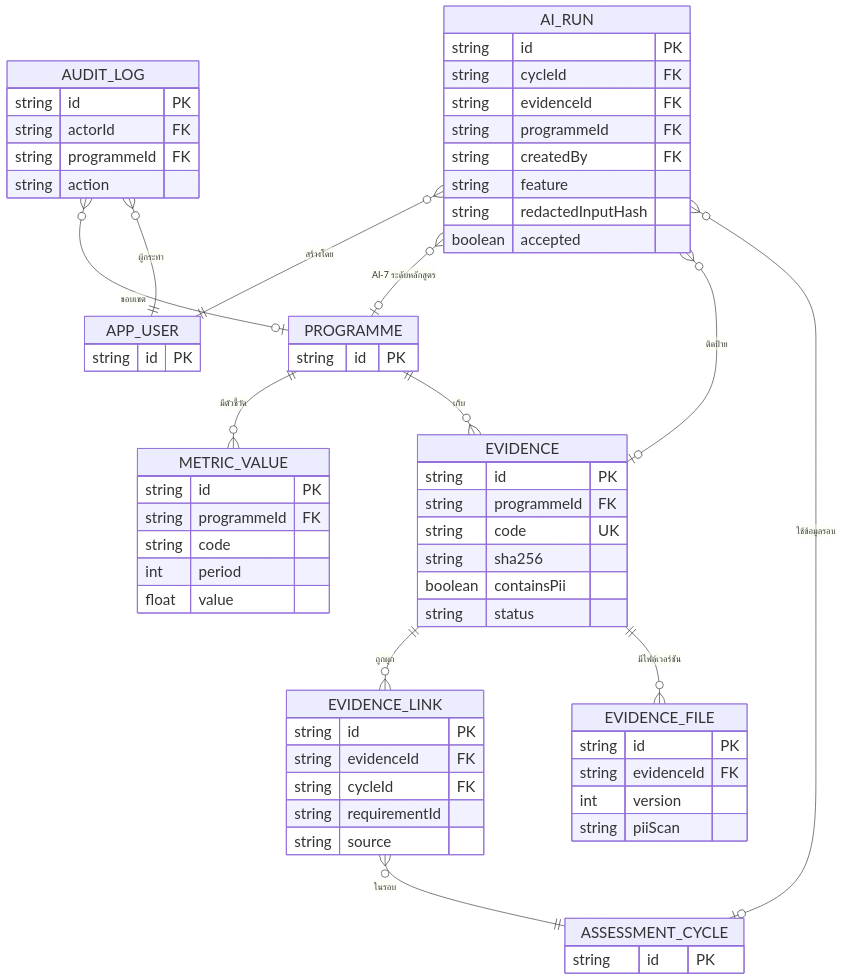
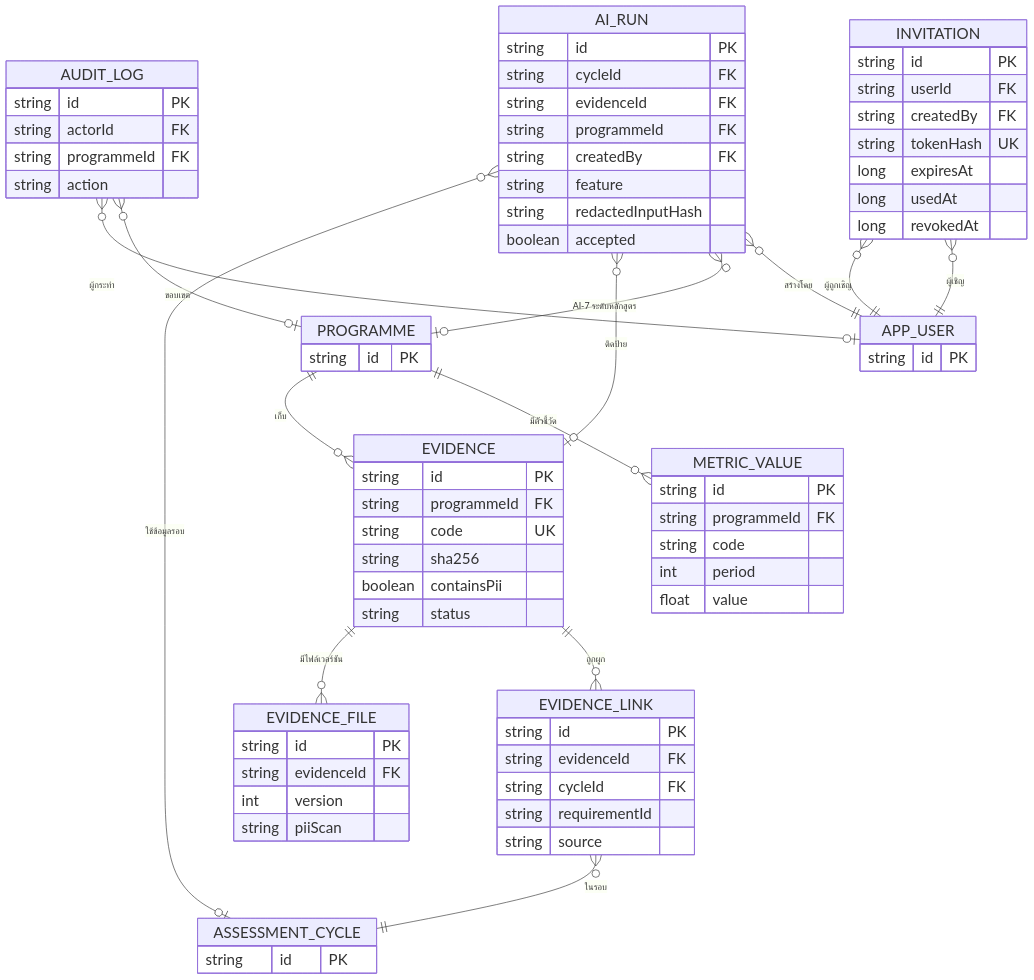
One commit to sunthanathza5566/project-mockup changed the diagram in docs/diagrams/er-evidence-ai.mmd. Above: the diagram before and after it, drawn with Mermaid. The commit also changed 15 other files, not shown here.

Commit message:
docs(TASK-0002): UML set updated for redesign, onboarding, notification deep links

```diff
--- a/docs/diagrams/er-evidence-ai.mmd
+++ b/docs/diagrams/er-evidence-ai.mmd
@@ -1,67 +1,78 @@
-%% source: eduflow-next/lib/types.ts:36-39 (MetricValue), 123-168 (Evidence, EvidenceLink, EvidenceFile), 178-182 (AuditLog), 184-203 (AiRun); lib/api/db.ts:7-36 (KEYS) | task: TASK-0001 | updated: 2026-10-23
+%% source: eduflow-next/lib/types.ts:46-56 (Invitation), 225-229 (AuditLog), Evidence/EvidenceLink/EvidenceFile/AiRun/MetricValue; lib/api/audit.store.ts:17,24 (SYSTEM_ACTOR_ID เมื่อไม่มี actor); lib/api/onboarding.store.ts:96-103 (createInvitation); lib/api/db.ts:37 (aunqa_invitations) | task: TASK-0002 | updated: 2026-10-27
 %%{init: {"themeVariables": {"fontSize": "24px"}, "themeCSS": ".edgeLabel .label{font-size:22px}", "er": {"entityPadding": 6}}}%%
 erDiagram
   PROGRAMME ||--o{ EVIDENCE : "เก็บ"
   PROGRAMME ||--o{ METRIC_VALUE : "มีตัวชี้วัด"
   EVIDENCE ||--o{ EVIDENCE_FILE : "มีไฟล์เวอร์ชัน"
   EVIDENCE ||--o{ EVIDENCE_LINK : "ถูกผูก"
   EVIDENCE_LINK }o--|| ASSESSMENT_CYCLE : "ในรอบ"
   AI_RUN }o--o| ASSESSMENT_CYCLE : "ใช้ข้อมูลรอบ"
   AI_RUN }o--o| EVIDENCE : "ติดป้าย"
   AI_RUN }o--o| PROGRAMME : "AI-7 ระดับหลักสูตร"
   AI_RUN }o--|| APP_USER : "สร้างโดย"
-  AUDIT_LOG }o--|| APP_USER : "ผู้กระทำ"
+  AUDIT_LOG }o--o| APP_USER : "ผู้กระทำ"
+  INVITATION }o--|| APP_USER : "ผู้ถูกเชิญ"
+  INVITATION }o--|| APP_USER : "ผู้เชิญ"
   AUDIT_LOG }o--o| PROGRAMME : "ขอบเขต"
   PROGRAMME {
     string id PK
   }
   ASSESSMENT_CYCLE {
     string id PK
   }
   APP_USER {
     string id PK
   }
   EVIDENCE {
     string id PK
     string programmeId FK
     string code UK
     string sha256
     boolean containsPii
     string status
   }
   EVIDENCE_FILE {
     string id PK
     string evidenceId FK
     int version
     string piiScan
   }
   EVIDENCE_LINK {
     string id PK
     string evidenceId FK
     string cycleId FK
     string requirementId
     string source
   }
   AI_RUN {
     string id PK
     string cycleId FK
     string evidenceId FK
     string programmeId FK
     string createdBy FK
     string feature
     string redactedInputHash
     boolean accepted
   }
   AUDIT_LOG {
     string id PK
     string actorId FK
     string programmeId FK
     string action
   }
   METRIC_VALUE {
     string id PK
     string programmeId FK
     string code
     int period
     float value
   }
+  INVITATION {
+    string id PK
+    string userId FK
+    string createdBy FK
+    string tokenHash UK
+    long expiresAt
+    long usedAt
+    long revokedAt
+  }
```
